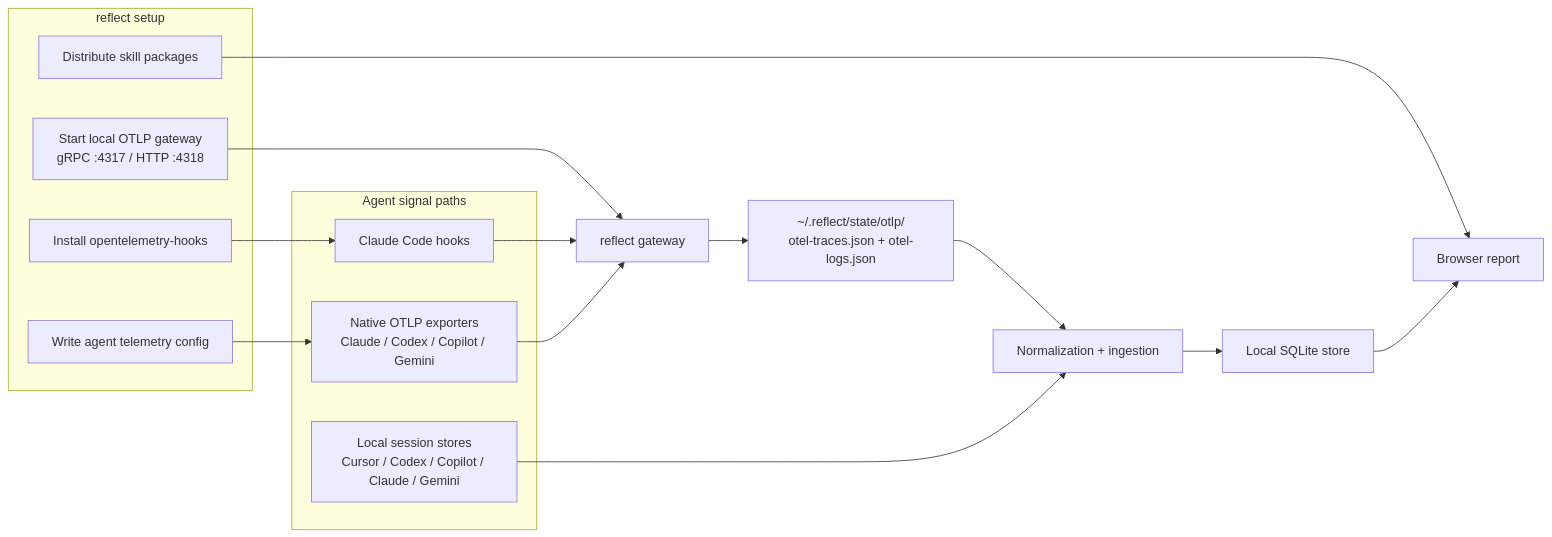
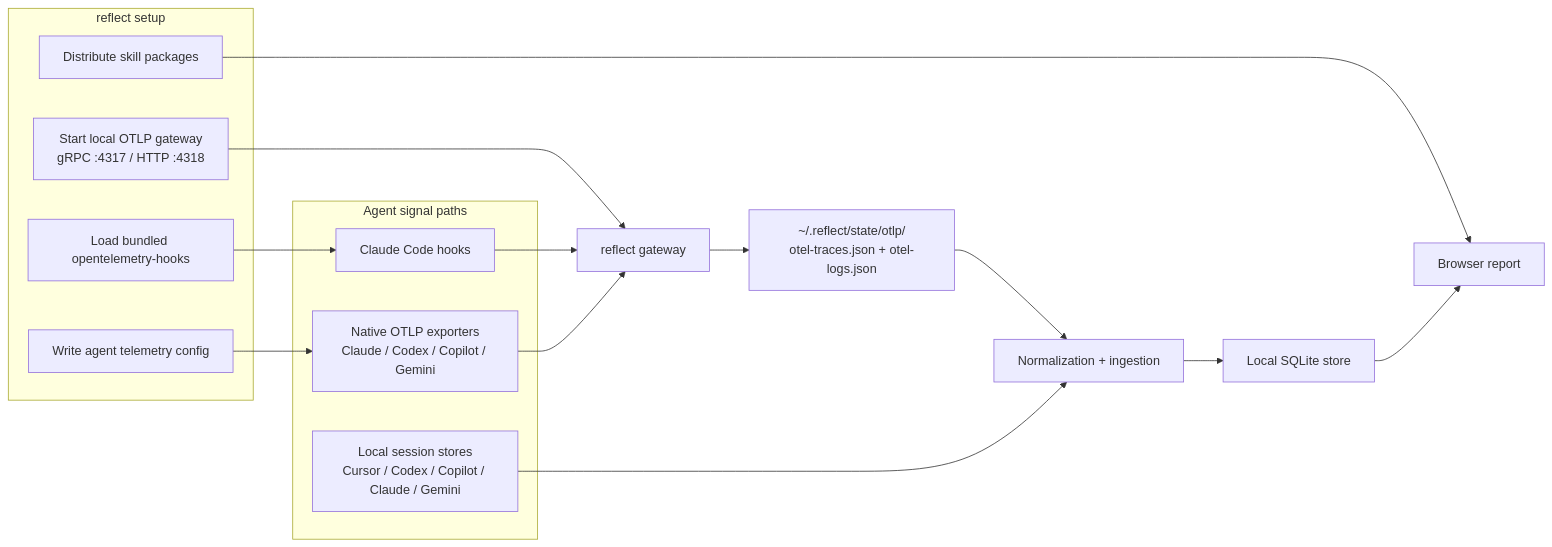
Before and after one commit to o11y-dev/reflect: the second of 2 diagrams in README.md, drawn with Mermaid. The commit also changed other lines of this file and 60 other files, not shown here.

````diff
--- a/README.md
+++ b/README.md
@@ -592,34 +646,34 @@
 ```mermaid
 flowchart LR
     subgraph Setup["reflect setup"]
-        A[Install opentelemetry-hooks]
+        A[Load bundled opentelemetry-hooks]
         B[Write agent telemetry config]
         C[Start local OTLP gateway<br/>gRPC :4317 / HTTP :4318]
         D[Distribute skill packages]
     end
 
     subgraph Agents["Agent signal paths"]
         E[Claude Code hooks]
         F[Native OTLP exporters<br/>Claude / Codex / Copilot / Gemini]
         G[Local session stores<br/>Cursor / Codex / Copilot / Claude / Gemini]
     end
 
     H[reflect gateway]
     I[~/.reflect/state/otlp/<br/>otel-traces.json + otel-logs.json]
     J[Normalization + ingestion]
     K[Local SQLite store]
     L[Browser report]
 
     A --> E
     B --> F
     C --> H
     D --> L
 
     E --> H
     F --> H
     H --> I
     I --> J
     G --> J
     J --> K
     K --> L
 ```
````
